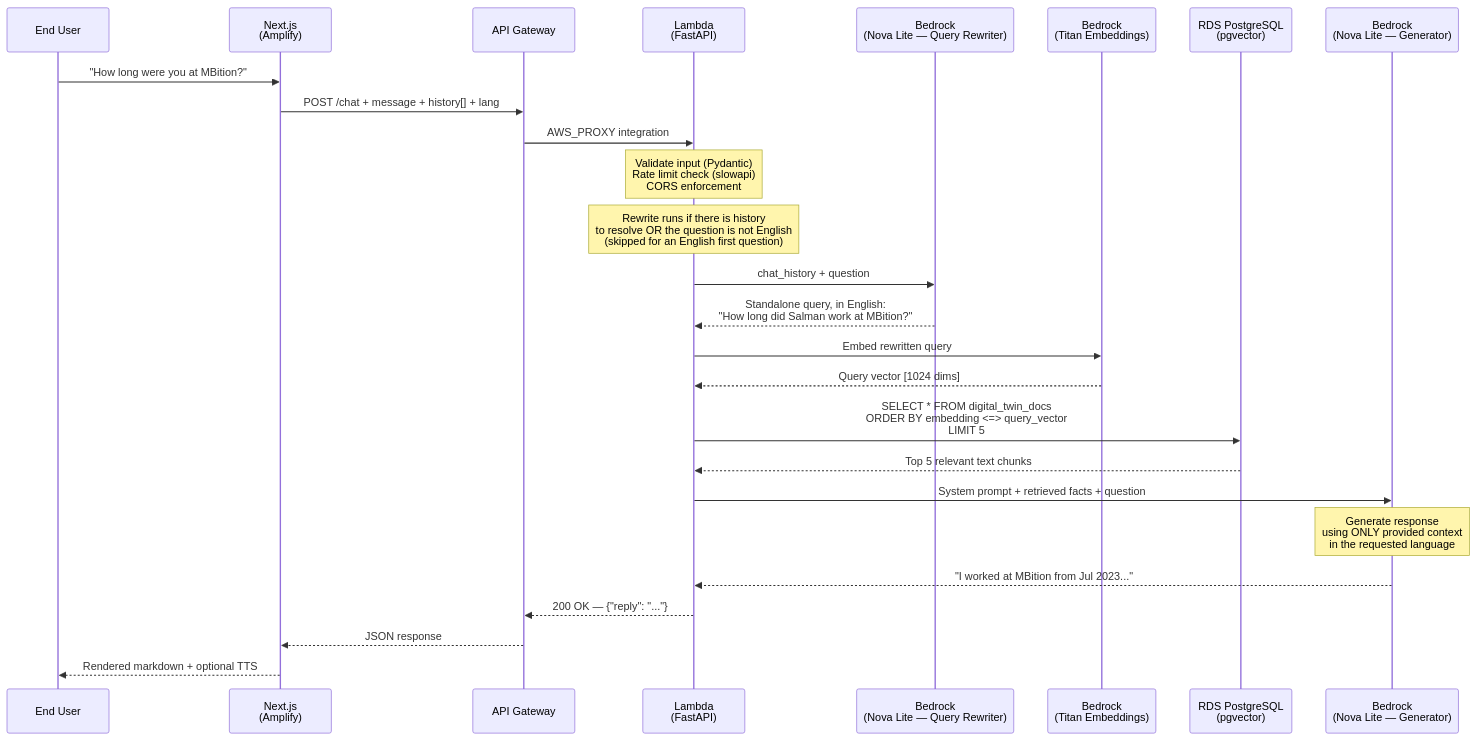
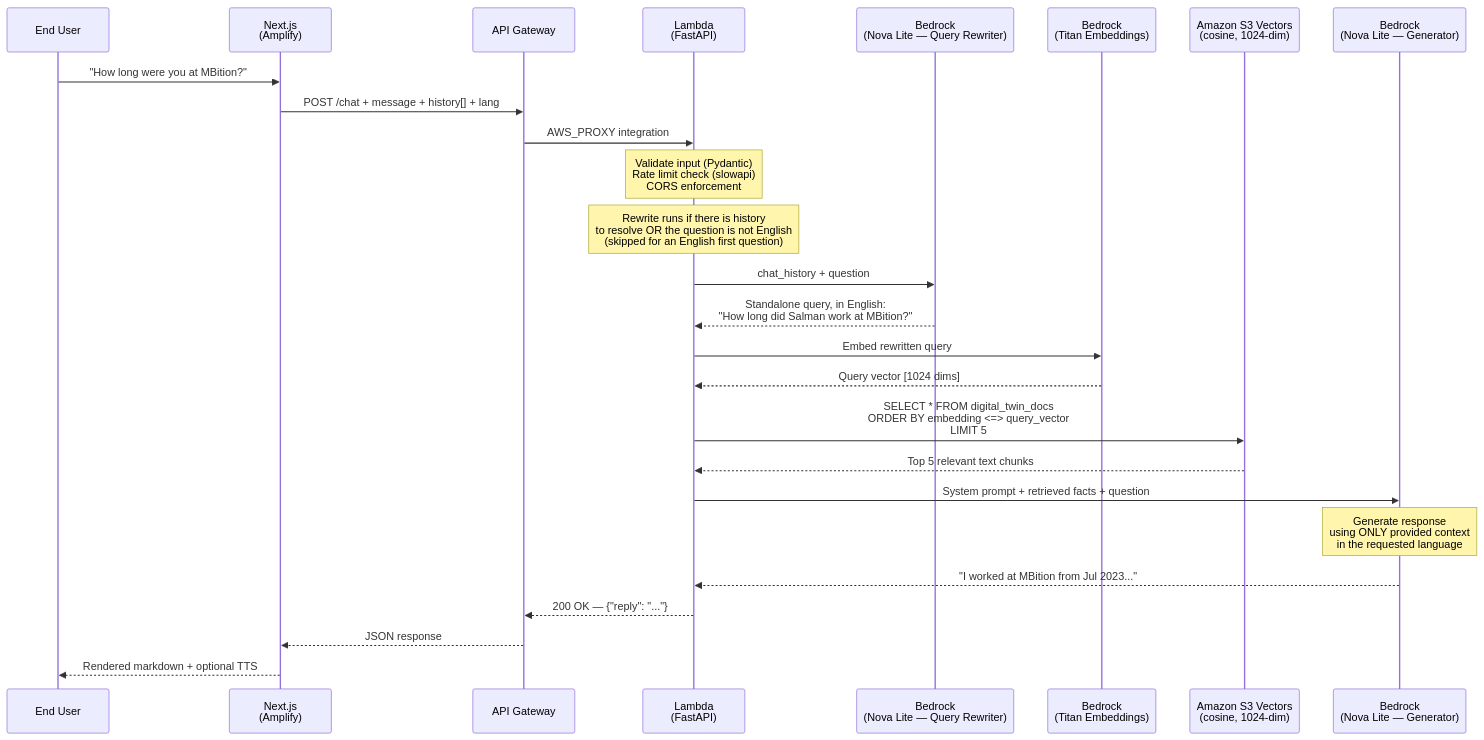
The second of 2 diagrams in README.md (msalmansaeedch786/digital-twin), drawn with Mermaid before and after one commit. The commit also changed other lines of this file and 9 other files, not shown here.

````diff
--- a/README.md
+++ b/README.md
@@ -95,36 +97,36 @@
 ```mermaid
 sequenceDiagram
     participant User as End User
     participant FE as Next.js<br/>(Amplify)
     participant GW as API Gateway
     participant LB as Lambda<br/>(FastAPI)
     participant LLM1 as Bedrock<br/>(Nova Lite — Query Rewriter)
     participant EMB as Bedrock<br/>(Titan Embeddings)
-    participant DB as RDS PostgreSQL<br/>(pgvector)
+    participant DB as Amazon S3 Vectors<br/>(cosine, 1024-dim)
     participant LLM2 as Bedrock<br/>(Nova Lite — Generator)
 
     User->>FE: "How long were you at MBition?"
     FE->>GW: POST /chat + message + history[] + lang
     GW->>LB: AWS_PROXY integration
 
     Note over LB: Validate input (Pydantic)<br/>Rate limit check (slowapi)<br/>CORS enforcement
 
     Note over LB: Rewrite runs if there is history<br/>to resolve OR the question is not English<br/>(skipped for an English first question)
 
     LB->>LLM1: chat_history + question
     LLM1-->>LB: Standalone query, in English:<br/>"How long did Salman work at MBition?"
 
     LB->>EMB: Embed rewritten query
     EMB-->>LB: Query vector [1024 dims]
 
     LB->>DB: SELECT * FROM digital_twin_docs<br/>ORDER BY embedding <=> query_vector<br/>LIMIT 5
     DB-->>LB: Top 5 relevant text chunks
 
     LB->>LLM2: System prompt + retrieved facts + question
     Note over LLM2: Generate response<br/>using ONLY provided context<br/>in the requested language
 
     LLM2-->>LB: "I worked at MBition from Jul 2023..."
     LB-->>GW: 200 OK — {"reply": "..."}
     GW-->>FE: JSON response
     FE-->>User: Rendered markdown + optional TTS
 ```
````
